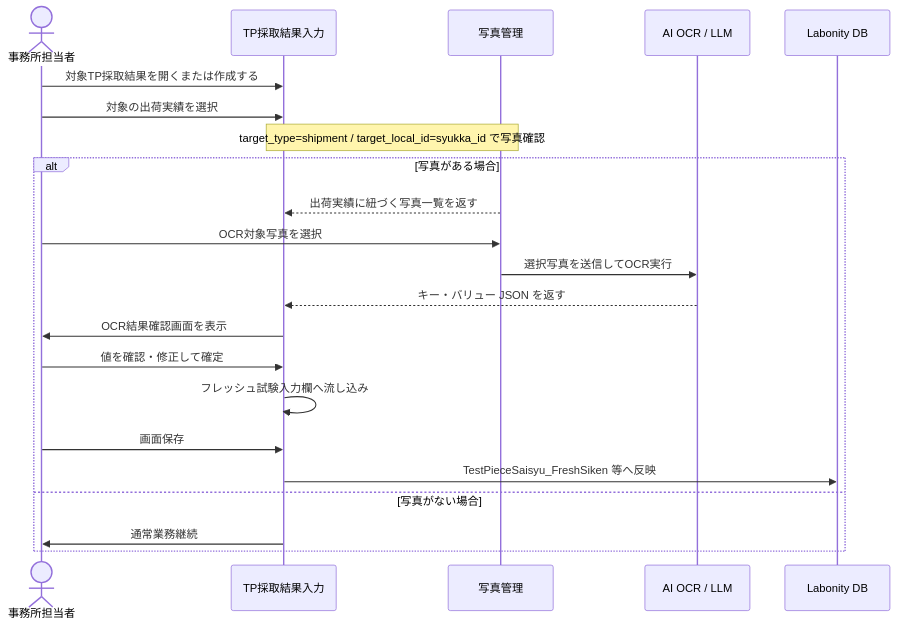
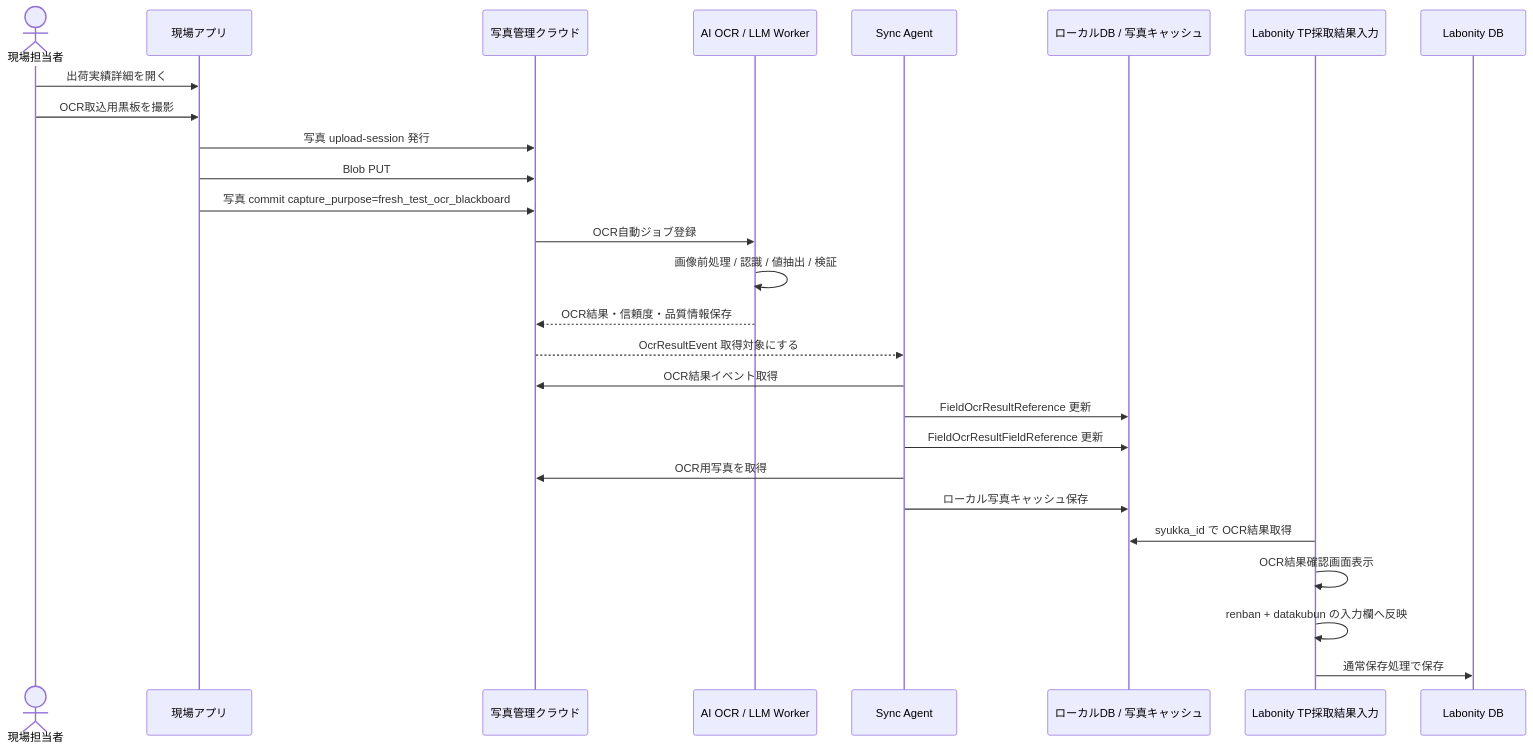
One commit to sakku0039/FieldTester changed the fourth of 4 diagrams in docs/Labonity用現場試験アプリ_設計書_v1.0.md. Above: the diagram before and after it, drawn with Mermaid. The commit also changed other lines of this file, not shown here.

````diff
--- a/docs/Labonity用現場試験アプリ_設計書_v1.0.md
+++ b/docs/Labonity用現場試験アプリ_設計書_v1.0.md
@@ -1007,25 +1258,31 @@
 ```mermaid
 sequenceDiagram
-    actor User as 事務所担当者
-    participant TP as TP採取結果入力
-    participant Photo as 写真管理
-    participant OCR as AI OCR / LLM
+    actor FieldUser as 現場担当者
+    participant App as 現場アプリ
+    participant Cloud as 写真管理クラウド
+    participant OCR as AI OCR / LLM Worker
+    participant Agent as Sync Agent
+    participant Local as ローカルDB / 写真キャッシュ
+    participant TP as Labonity TP採取結果入力
     participant DB as Labonity DB
 
-    User->>TP: 対象TP採取結果を開くまたは作成する
-    User->>TP: 対象の出荷実績を選択
-    Note over TP,Photo: target_type=shipment / target_local_id=syukka_id で写真確認
-    alt 写真がある場合
-        Photo-->>TP: 出荷実績に紐づく写真一覧を返す
-        User->>Photo: OCR対象写真を選択
-        Photo->>OCR: 選択写真を送信してOCR実行
-        OCR-->>TP: キー・バリュー JSON を返す
-        TP->>User: OCR結果確認画面を表示
-        User->>TP: 値を確認・修正して確定
-        TP->>TP: フレッシュ試験入力欄へ流し込み
-        User->>TP: 画面保存
-        TP->>DB: TestPieceSaisyu_FreshSiken 等へ反映
-    else 写真がない場合
-        TP->>User: 通常業務継続
-    end
+    FieldUser->>App: 出荷実績詳細を開く
+    FieldUser->>App: OCR取込用黒板を撮影
+    App->>Cloud: 写真 upload-session 発行
+    App->>Cloud: Blob PUT
+    App->>Cloud: 写真 commit capture_purpose=fresh_test_ocr_blackboard
+    Cloud->>OCR: OCR自動ジョブ登録
+    OCR->>OCR: 画像前処理 / 認識 / 値抽出 / 検証
+    OCR-->>Cloud: OCR結果・信頼度・品質情報保存
+    Cloud-->>Agent: OcrResultEvent 取得対象にする
+    Agent->>Cloud: OCR結果イベント取得
+    Agent->>Local: FieldOcrResultReference 更新
+    Agent->>Local: FieldOcrResultFieldReference 更新
+    Agent->>Cloud: OCR用写真を取得
+    Agent->>Local: ローカル写真キャッシュ保存
+
+    TP->>Local: syukka_id で OCR結果取得
+    TP->>TP: OCR結果確認画面表示
+    TP->>TP: renban + datakubun の入力欄へ反映
+    TP->>DB: 通常保存処理で保存
 ```
````
